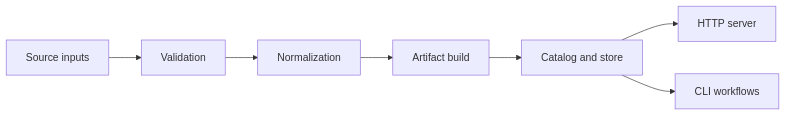
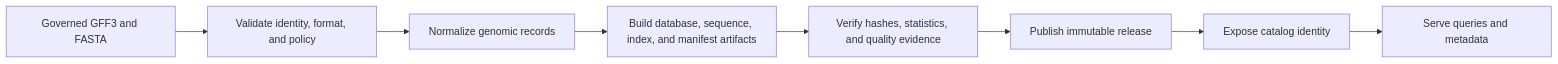
The first of 2 diagrams in docs/bijux-atlas/foundations/what-atlas-is.md (bijux/bijux-atlas), drawn with Mermaid before and after one commit. The commit also changed other lines of this file and 2 other files, not shown here.

Commit message:
docs(runtime): define product and request architecture

````diff
--- a/docs/bijux-atlas/foundations/what-atlas-is.md
+++ b/docs/bijux-atlas/foundations/what-atlas-is.md
@@ -22,9 +22,10 @@
 ```mermaid
 flowchart LR
-    S[Source inputs] --> V[Validation]
-    V --> N[Normalization]
-    N --> A[Artifact build]
-    A --> C[Catalog and store]
-    C --> H[HTTP server]
-    C --> L[CLI workflows]
+    Sources[Governed GFF3 and FASTA] --> Admission[Validate identity, format, and policy]
+    Admission --> Normalize[Normalize genomic records]
+    Normalize --> Build[Build database, sequence, index, and manifest artifacts]
+    Build --> Verify[Verify hashes, statistics, and quality evidence]
+    Verify --> Publish[Publish immutable release]
+    Publish --> Catalog[Expose catalog identity]
+    Catalog --> Serve[Serve queries and metadata]
 ```
````
